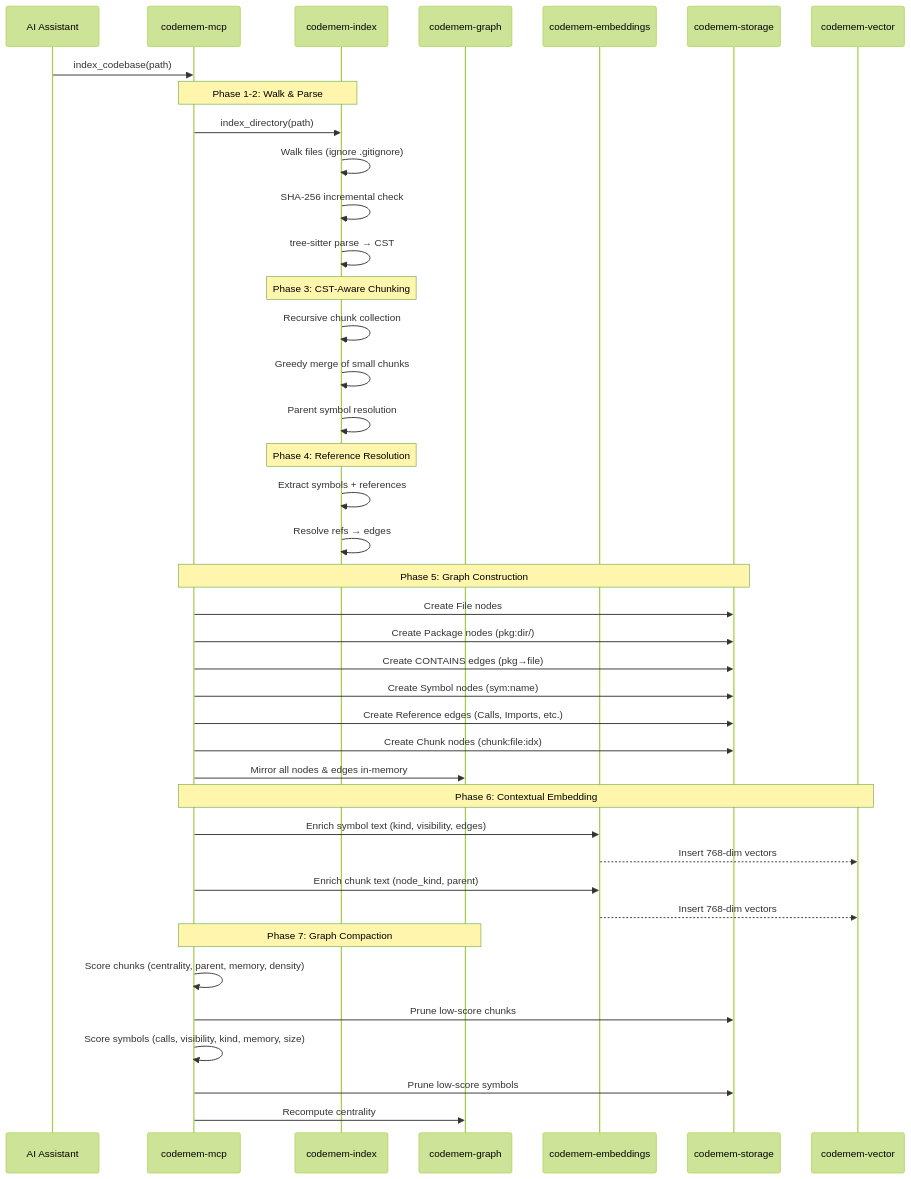
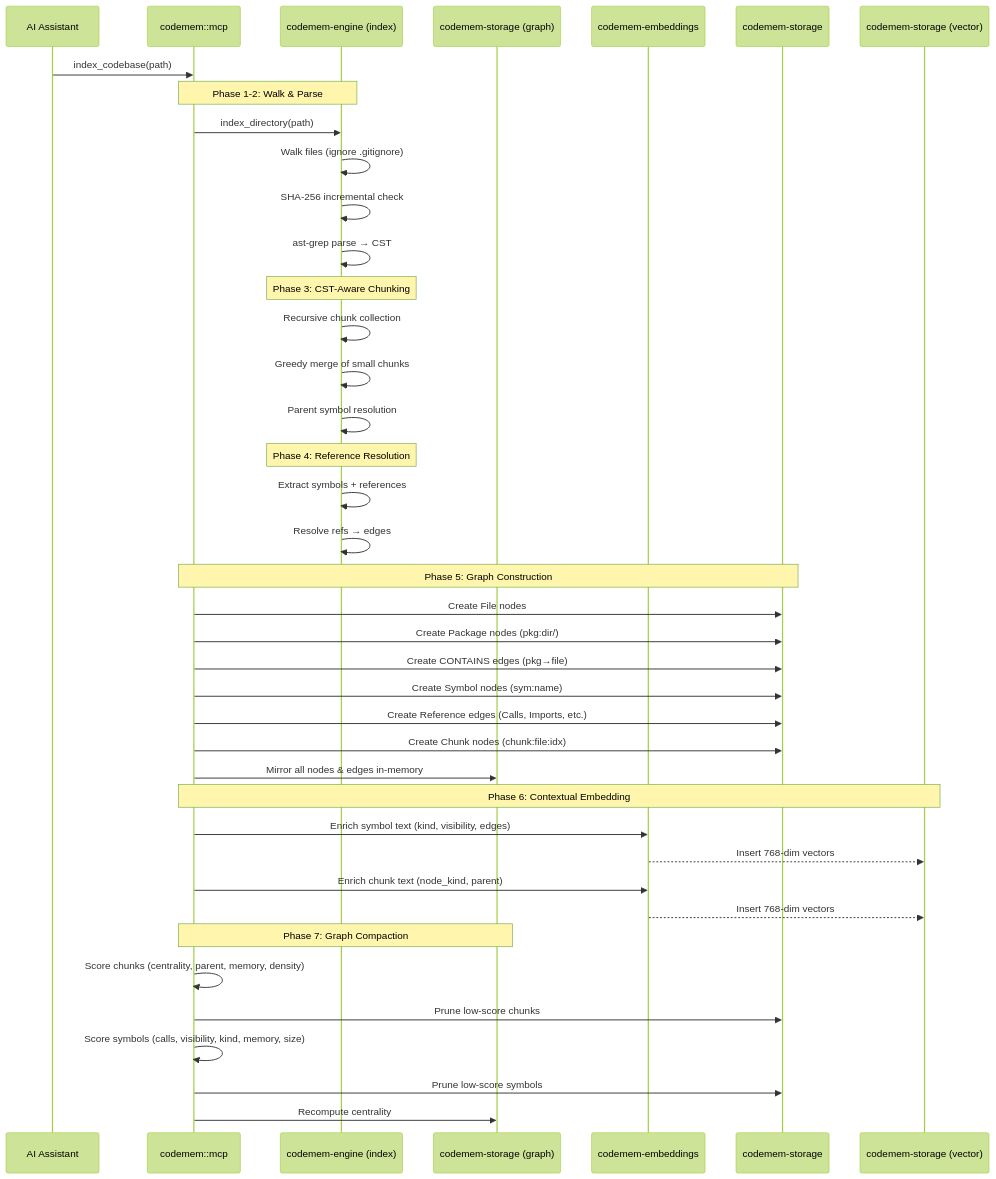
Before and after one commit to cogniplex/codemem: the ninth of 10 diagrams in docs/architecture.md, drawn with Mermaid (forest theme). The commit also changed other lines of this file and 4 other files, not shown here.

````diff
--- a/docs/architecture.md
+++ b/docs/architecture.md
@@ -353,49 +334,49 @@
 ```mermaid
 sequenceDiagram
     participant AI as AI Assistant
-    participant MCP as codemem-mcp
-    participant IDX as codemem-index
-    participant Graph as codemem-graph
+    participant MCP as codemem::mcp
+    participant IDX as codemem-engine (index)
+    participant Graph as codemem-storage (graph)
     participant Emb as codemem-embeddings
     participant Store as codemem-storage
-    participant Vec as codemem-vector
+    participant Vec as codemem-storage (vector)
 
     AI->>MCP: index_codebase(path)
 
     Note over MCP,IDX: Phase 1-2: Walk & Parse
     MCP->>IDX: index_directory(path)
     IDX->>IDX: Walk files (ignore .gitignore)
     IDX->>IDX: SHA-256 incremental check
-    IDX->>IDX: tree-sitter parse → CST
+    IDX->>IDX: ast-grep parse → CST
 
     Note over IDX: Phase 3: CST-Aware Chunking
     IDX->>IDX: Recursive chunk collection
     IDX->>IDX: Greedy merge of small chunks
     IDX->>IDX: Parent symbol resolution
 
     Note over IDX: Phase 4: Reference Resolution
     IDX->>IDX: Extract symbols + references
     IDX->>IDX: Resolve refs → edges
 
     Note over MCP,Store: Phase 5: Graph Construction
     MCP->>Store: Create File nodes
     MCP->>Store: Create Package nodes (pkg:dir/)
     MCP->>Store: Create CONTAINS edges (pkg→file)
     MCP->>Store: Create Symbol nodes (sym:name)
     MCP->>Store: Create Reference edges (Calls, Imports, etc.)
     MCP->>Store: Create Chunk nodes (chunk:file:idx)
     MCP->>Graph: Mirror all nodes & edges in-memory
 
     Note over MCP,Vec: Phase 6: Contextual Embedding
     MCP->>Emb: Enrich symbol text (kind, visibility, edges)
     Emb-->>Vec: Insert 768-dim vectors
     MCP->>Emb: Enrich chunk text (node_kind, parent)
     Emb-->>Vec: Insert 768-dim vectors
 
     Note over MCP,Graph: Phase 7: Graph Compaction
     MCP->>MCP: Score chunks (centrality, parent, memory, density)
     MCP->>Store: Prune low-score chunks
     MCP->>MCP: Score symbols (calls, visibility, kind, memory, size)
     MCP->>Store: Prune low-score symbols
     MCP->>Graph: Recompute centrality
 ```
````
